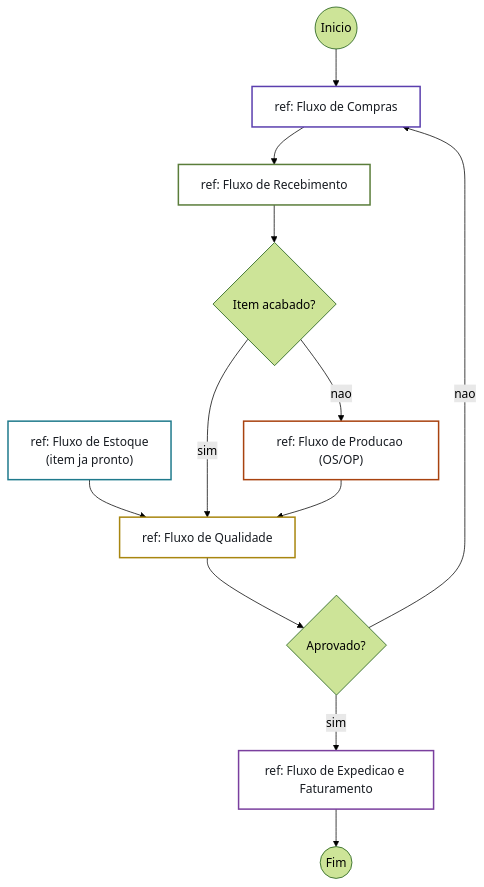
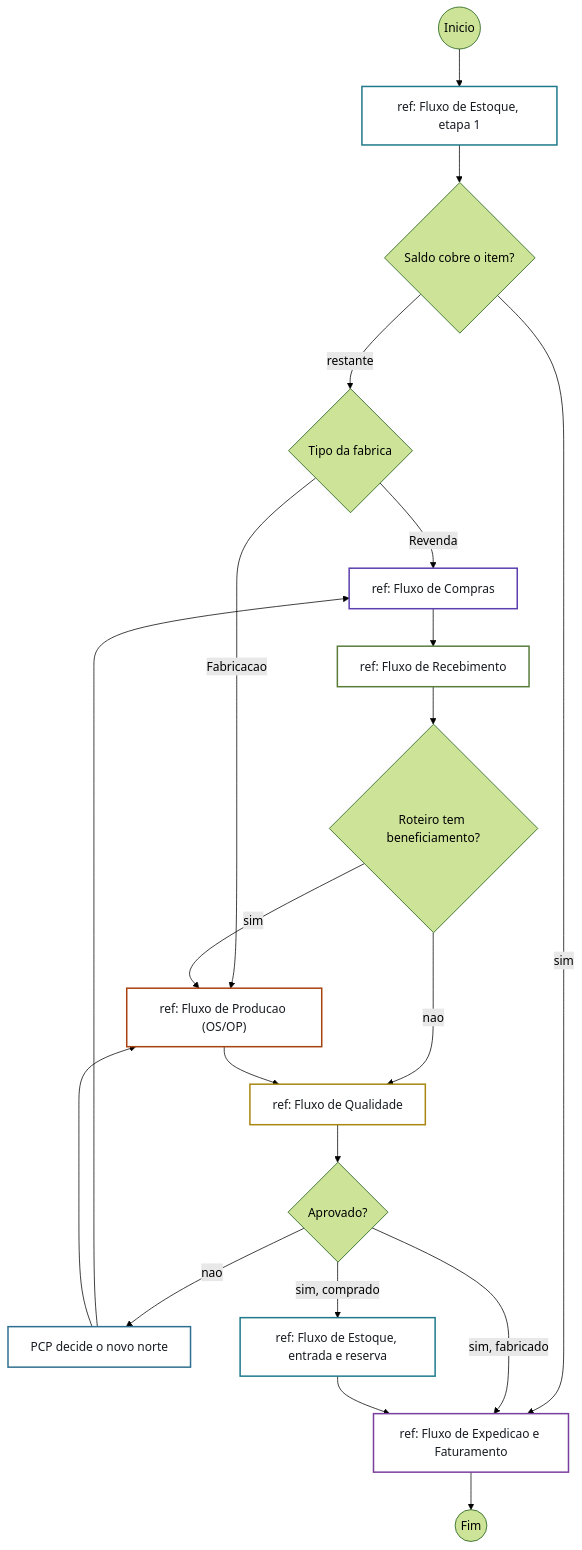
One commit to Acosvital/vault-avhub-mer changed diagram 21 of 28 in 04-Arquitetura-Transversal/Diagramas-UML.md. Above: the diagram before and after it, drawn with Mermaid (forest theme). The commit also changed other lines of this file and 36 other files, not shown here.

First line of the commit message:
Encaixe do Estoque e da Revenda no fluxo do PCP (MES)

````diff
--- a/04-Arquitetura-Transversal/Diagramas-UML.md
+++ b/04-Arquitetura-Transversal/Diagramas-UML.md
@@ -1131,21 +1171,31 @@
 ```mermaid
 flowchart TD
-    START((Inicio)) --> REF1["ref: Fluxo de Compras"]
-    REF5["ref: Fluxo de Estoque<br>(item ja pronto)"] --> REF4
+    START((Inicio)) --> REF5["ref: Fluxo de Estoque, etapa 1"]
+    REF5 --> DEC0{Saldo cobre o item?}
+    DEC0 -- sim --> REF6["ref: Fluxo de Expedicao e Faturamento"]
+    DEC0 -- restante --> DECF{Tipo da fabrica}
+    DECF -- Revenda --> REF1["ref: Fluxo de Compras"]
+    DECF -- Fabricacao --> REF3["ref: Fluxo de Producao (OS/OP)"]
     REF1 --> REF2["ref: Fluxo de Recebimento"]
-    REF2 --> DEC{Item acabado?}
-    DEC -- nao --> REF3["ref: Fluxo de Producao (OS/OP)"]
-    DEC -- sim --> REF4["ref: Fluxo de Qualidade"]
+    REF2 --> DEC{Roteiro tem beneficiamento?}
+    DEC -- sim --> REF3
+    DEC -- nao --> REF4["ref: Fluxo de Qualidade"]
     REF3 --> REF4
     REF4 --> DEC2{Aprovado?}
-    DEC2 -- nao --> REF1
-    DEC2 -- sim --> REF6["ref: Fluxo de Expedicao e Faturamento"]
+    DEC2 -- nao --> PCPN["PCP decide o novo norte"]
+    PCPN --> REF1
+    PCPN --> REF3
+    DEC2 -- sim, comprado --> REF7["ref: Fluxo de Estoque, entrada e reserva"]
+    DEC2 -- sim, fabricado --> REF6
+    REF7 --> REF6
     REF6 --> END((Fim))
 
     style REF1 fill:#ffffff,stroke:#5b3fae,stroke-width:2px,color:#181c22
     style REF2 fill:#ffffff,stroke:#5a7d3a,stroke-width:2px,color:#181c22
     style REF3 fill:#ffffff,stroke:#a8420f,stroke-width:2px,color:#181c22
     style REF4 fill:#ffffff,stroke:#a8860f,stroke-width:2px,color:#181c22
     style REF5 fill:#ffffff,stroke:#1f7a8c,stroke-width:2px,color:#181c22
+    style REF7 fill:#ffffff,stroke:#1f7a8c,stroke-width:2px,color:#181c22
     style REF6 fill:#ffffff,stroke:#7a3f9e,stroke-width:2px,color:#181c22
+    style PCPN fill:#ffffff,stroke:#2f6f8f,stroke-width:2px,color:#181c22
 ```
````
